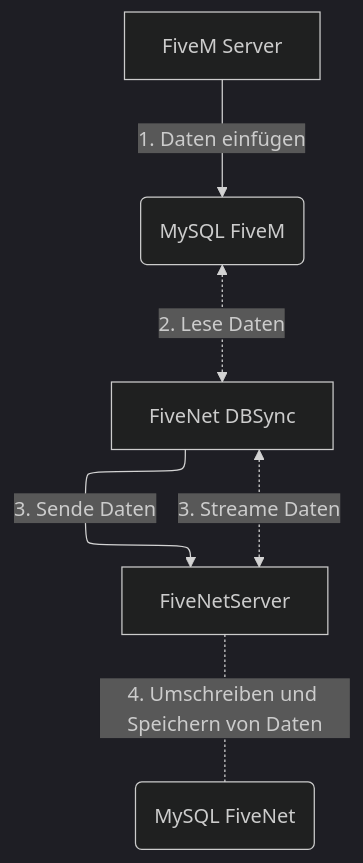
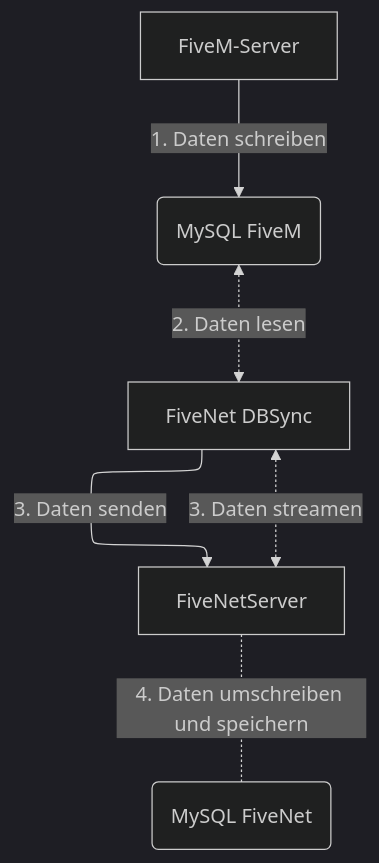
One commit to fivenet-app/fivenet-app.github.io changed the diagram in content/de/1.getting-started/4.configuration/3.dbsync.md. Above: the diagram before and after it, drawn with Mermaid. The commit also changed other lines of this file and 20 other files, not shown here.

````diff
--- a/content/de/1.getting-started/4.configuration/3.dbsync.md
+++ b/content/de/1.getting-started/4.configuration/3.dbsync.md
@@ -32,13 +41,13 @@
 ```mermaid
 ---
 config:
   theme: dark
   layout: elk
 ---
 flowchart TD
-    FiveM["FiveM Server"] --->|1. Daten einfügen| GameserverDB("MySQL FiveM")
-    GameserverDB <-.->|2. Lese Daten| DBSync["FiveNet DBSync"]
-    DBSync["FiveNet DBSync"] <-..->|3. Streame Daten| FiveNetServer
-    DBSync["FiveNet DBSync"] --->|3. Sende Daten| FiveNetServer
-    FiveNetServer -.-|4. Umschreiben und Speichern von Daten| FiveNetDB("MySQL FiveNet")
+    FiveM["FiveM-Server"] -->|1. Daten schreiben| GameserverDB("MySQL FiveM")
+    GameserverDB <-.->|2. Daten lesen| DBSync["FiveNet DBSync"]
+    DBSync["FiveNet DBSync"] <-..->|3. Daten streamen| FiveNetServer
+    DBSync["FiveNet DBSync"] --->|3. Daten senden| FiveNetServer
+    FiveNetServer -.-|4. Daten umschreiben und speichern| FiveNetDB("MySQL FiveNet")
 ```
````
